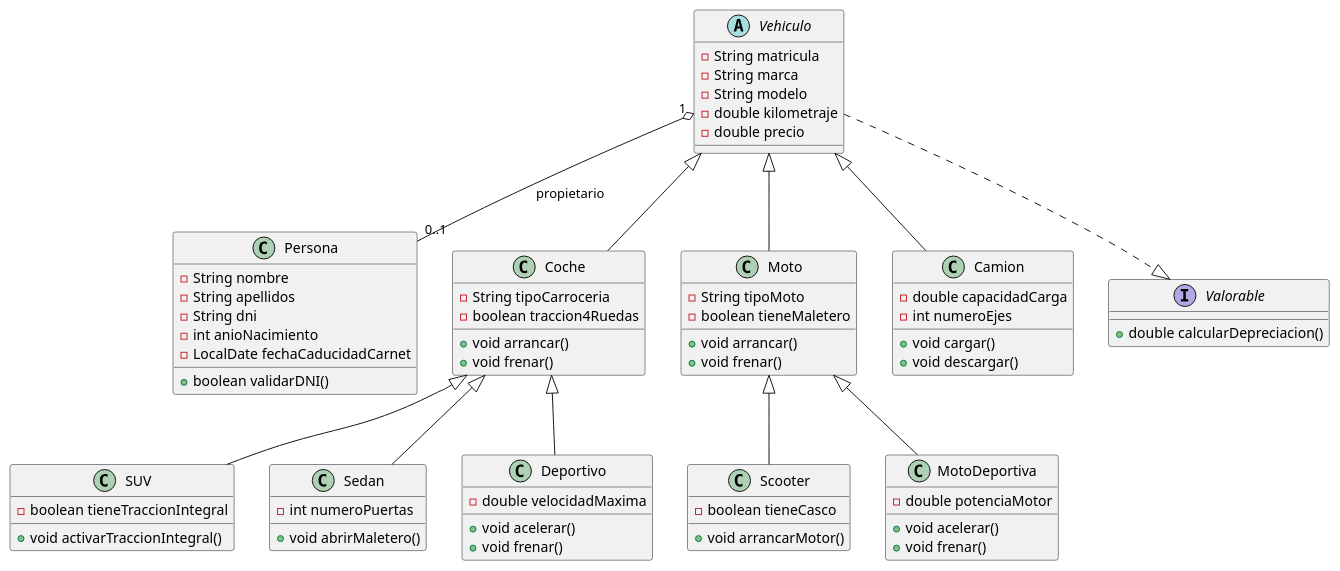
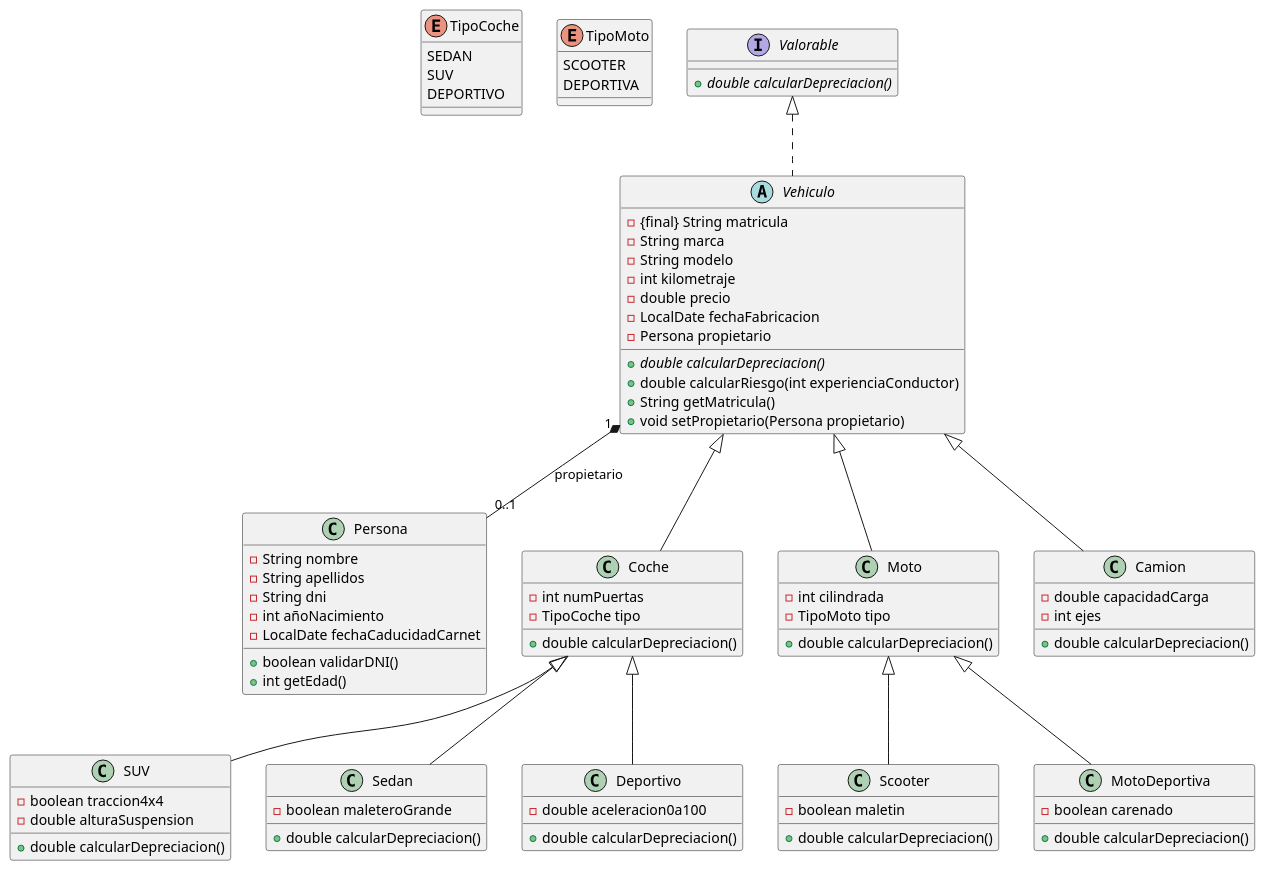
The diagram in uml/diagrama_clases.puml (MsC254/UT5_ED_Prog), drawn with PlantUML before and after one commit. The commit also changed 12 other files, not shown here.

Commit message:
Actualización de diagramas UML y archivos .puml

```diff
--- a/uml/diagrama_clases.puml
+++ b/uml/diagrama_clases.puml
@@ -1,92 +1,96 @@
-@startuml uml/diagrama_clases.svg
+@startuml diagrama_clases.svg
 
-abstract class Vehiculo {
-  - String matricula
-  - String marca
-  - String modelo
-  - double kilometraje
-  - double precio
+' Definición de enumerados
+enum TipoCoche {
+    SEDAN
+    SUV
+    DEPORTIVO
 }
 
-class Persona {
-  - String nombre
-  - String apellidos
-  - String dni
-  - int anioNacimiento
-  - LocalDate fechaCaducidadCarnet
-
-  + boolean validarDNI()
+enum TipoMoto {
+    SCOOTER
+    DEPORTIVA
 }
 
-class Coche {
-  - String tipoCarroceria
-  - boolean traccion4Ruedas
-
-  + void arrancar()
-  + void frenar()
+' Interfaz
+interface Valorable {
+    + {abstract} double calcularDepreciacion()
 }
 
-class Moto {
-  - String tipoMoto
-  - boolean tieneMaletero
-
-  + void arrancar()
-  + void frenar()
+' Clase abstracta
+abstract class Vehiculo implements Valorable {
+    - {final} String matricula
+    - String marca
+    - String modelo
+    - int kilometraje
+    - double precio
+    - LocalDate fechaFabricacion
+    - Persona propietario
+    + {abstract} double calcularDepreciacion()
+    + double calcularRiesgo(int experienciaConductor)
+    + String getMatricula()
+    + void setPropietario(Persona propietario)
 }
 
-class Camion {
-  - double capacidadCarga
-  - int numeroEjes
-
-  + void cargar()
-  + void descargar()
+' Clase Persona
+class Persona {
+    - String nombre
+    - String apellidos
+    - String dni
+    - int añoNacimiento
+    - LocalDate fechaCaducidadCarnet
+    + boolean validarDNI()
+    + int getEdad()
 }
 
-class SUV {
-  - boolean tieneTraccionIntegral
-
-  + void activarTraccionIntegral()
+' Jerarquía de vehículos
+class Coche extends Vehiculo {
+    - int numPuertas
+    - TipoCoche tipo
+    + double calcularDepreciacion()
 }
 
-class Sedan {
-  - int numeroPuertas
-
-  + void abrirMaletero()
+class Moto extends Vehiculo {
+    - int cilindrada
+    - TipoMoto tipo
+    + double calcularDepreciacion()
 }
 
-class Deportivo {
-  - double velocidadMaxima
-
-  + void acelerar()
-  + void frenar()
+class Camion extends Vehiculo {
+    - double capacidadCarga
+    - int ejes
+    + double calcularDepreciacion()
 }
 
-class Scooter {
-  - boolean tieneCasco
-
-  + void arrancarMotor()
+' Subtipos de Coche
+class SUV extends Coche {
+    - boolean traccion4x4
+    - double alturaSuspension
+    + double calcularDepreciacion()
 }
 
-class MotoDeportiva {
-  - double potenciaMotor
-
-  + void acelerar()
-  + void frenar()
+class Sedan extends Coche {
+    - boolean maleteroGrande
+    + double calcularDepreciacion()
 }
 
-interface Valorable {
-  + double calcularDepreciacion()
+class Deportivo extends Coche {
+    - double aceleracion0a100
+    + double calcularDepreciacion()
 }
 
-Vehiculo <|-- Coche
-Vehiculo <|-- Moto
-Vehiculo <|-- Camion
-Coche <|-- SUV
-Coche <|-- Sedan
-Coche <|-- Deportivo
-Moto <|-- Scooter
-Moto <|-- MotoDeportiva
-Vehiculo "1" o-- "0..1" Persona : propietario
-Vehiculo ..|> Valorable
+' Subtipos de Moto
+class Scooter extends Moto {
+    - boolean maletin
+    + double calcularDepreciacion()
+}
+
+class MotoDeportiva extends Moto {
+    - boolean carenado
+    + double calcularDepreciacion()
+}
+
+' Relaciones
+Vehiculo "1" *-- "0..1" Persona : propietario
 
 @enduml
```
